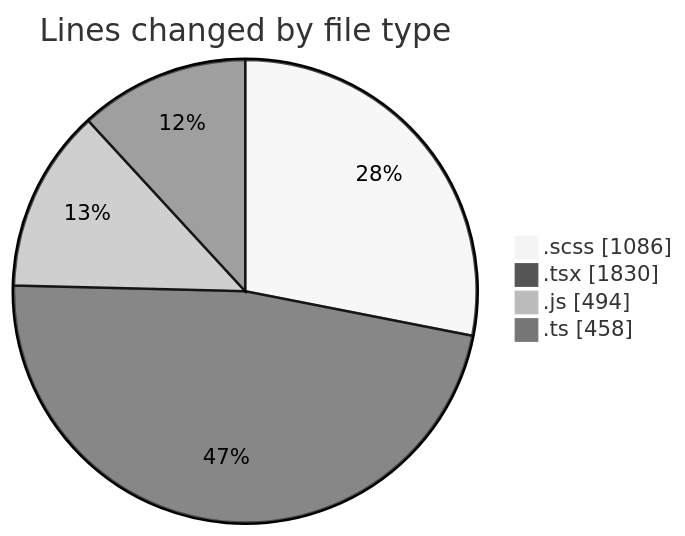
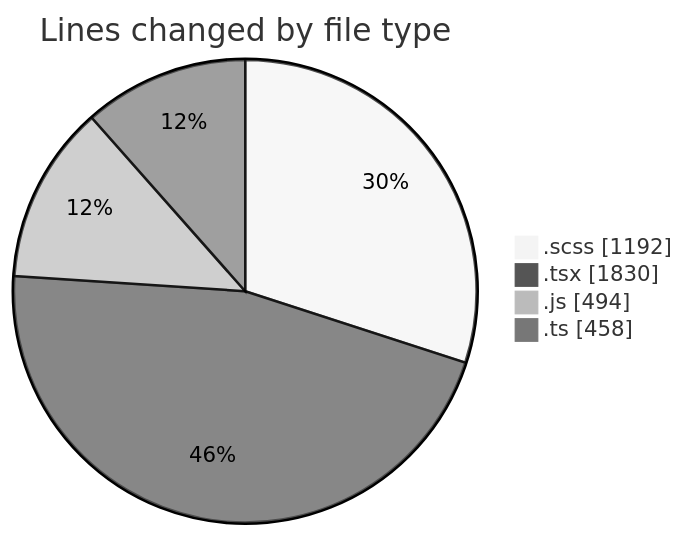
The first of 2 diagrams in 2025-03-14/cda/README.md (momahboobian/code-tracking), drawn with Mermaid (neutral theme) before and after one commit. The commit also changed other lines of this file and 1 other file, not shown here.

````diff
--- a/2025-03-14/cda/README.md
+++ b/2025-03-14/cda/README.md
@@ -41,8 +41,8 @@
 ```mermaid
 pie showData
 title Lines changed by file type
-".scss" : 1086
+".scss" : 1192
 ".tsx" : 1830
 ".js" : 494
 ".ts" : 458
 ```
````
